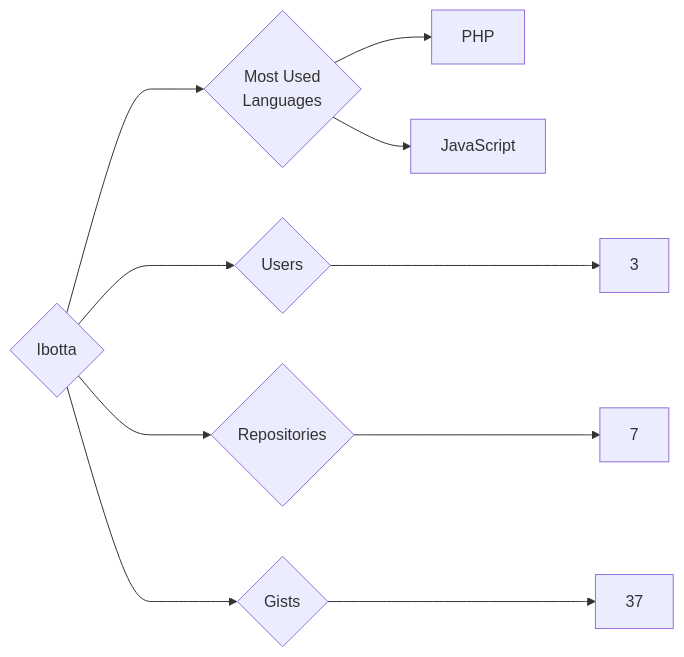
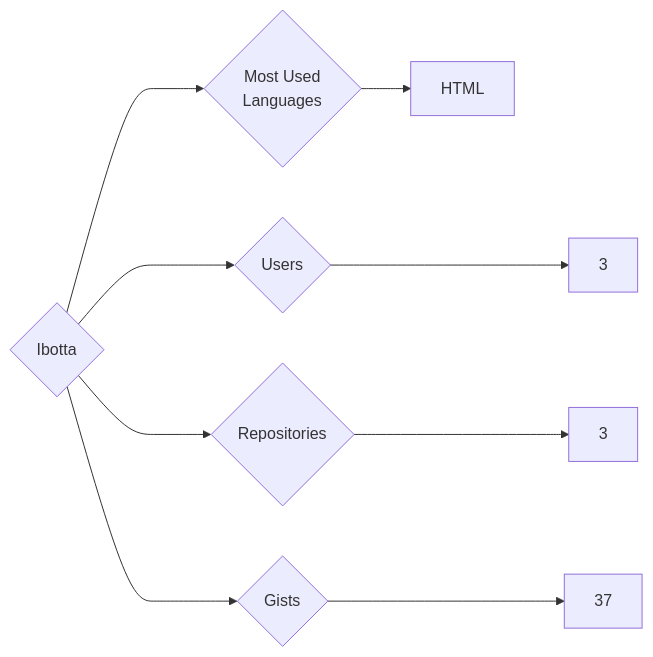
Before and after one commit to trickest/insiders: the diagram in targets/Ibotta/README.md, drawn with Mermaid. The commit also changed 1007 other files, not shown here.

````diff
--- a/targets/Ibotta/README.md
+++ b/targets/Ibotta/README.md
@@ -3,10 +3,9 @@
 ```mermaid
 graph LR
 COMPANY_NAME{Ibotta}
 COMPANY_NAME ---> U{Users} ---> UN[3]
-COMPANY_NAME ---> R{Repositories} ---> RN[7]
+COMPANY_NAME ---> R{Repositories} ---> RN[3]
 COMPANY_NAME ---> G{Gists} ---> GN[37]
 COMPANY_NAME ---> ML{Most Used<br>Languages}
-ML --> PHP[PHP]
-ML --> JavaScript[JavaScript]
+ML --> HTML[HTML]
 ```
````
